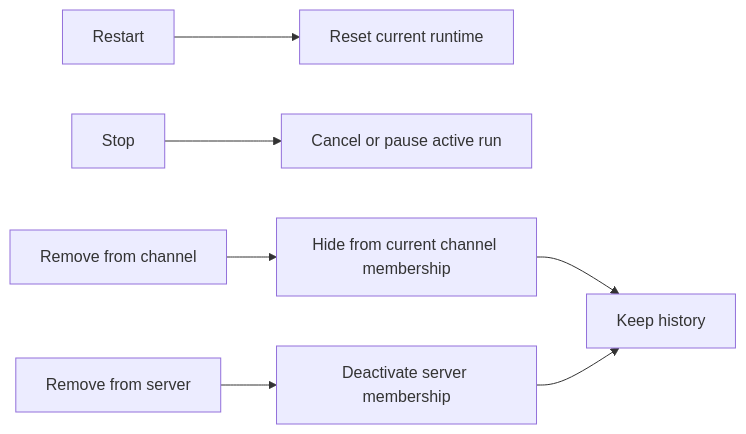
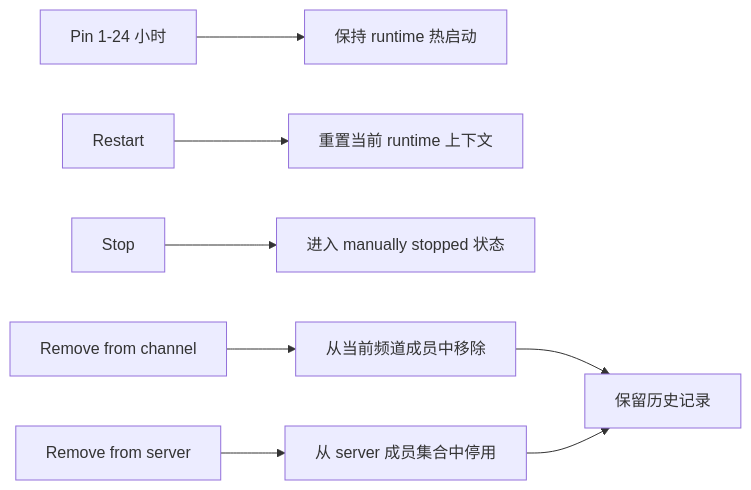
The third of 3 diagrams in content/docs/zh/features/server-collaboration/persistent-agents.mdx (ffy6511/poco-docs-vercel), drawn with Mermaid before and after one commit. The commit also changed other lines of this file and 3 other files, not shown here.

````diff
--- a/content/docs/zh/features/server-collaboration/persistent-agents.mdx
+++ b/content/docs/zh/features/server-collaboration/persistent-agents.mdx
@@ -57,9 +61,10 @@
 ```mermaid
 flowchart LR
-    A["Restart"] --> B["Reset current runtime"]
-    C["Stop"] --> D["Cancel or pause active run"]
-    E["Remove from channel"] --> F["Hide from current channel membership"]
-    G["Remove from server"] --> H["Deactivate server membership"]
-    F --> I["Keep history"]
-    H --> I
+    A["Pin 1-24 小时"] --> B["保持 runtime 热启动"]
+    C["Restart"] --> D["重置当前 runtime 上下文"]
+    E["Stop"] --> F["进入 manually stopped 状态"]
+    G["Remove from channel"] --> H["从当前频道成员中移除"]
+    I["Remove from server"] --> J["从 server 成员集合中停用"]
+    H --> K["保留历史记录"]
+    J --> K
 ```
````
